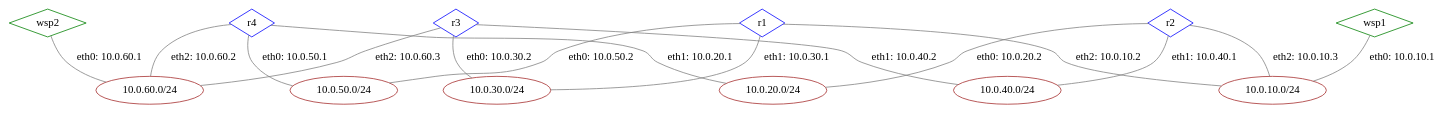
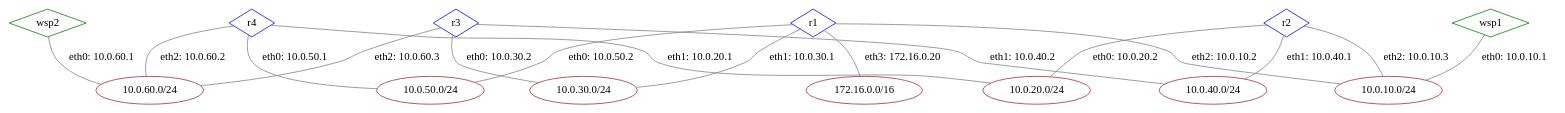
The diagram in lab-rip-hw/report/graphs/network.gv (Ermako27/net-protocols), drawn with Graphviz before and after one commit. The commit also changed 17 other files, not shown here.

```diff
--- a/lab-rip-hw/report/graphs/network.gv
+++ b/lab-rip-hw/report/graphs/network.gv
@@ -1,39 +1,41 @@
 graph G {
 edge [len=1.5];
 node [shape=diamond, color="green"];
 r1 [color="blue"];
 r2 [color="blue"];
 r3 [color="blue"];
 r4 [color="blue"];
 wsp1;
 wsp2;
 node [shape=ellipse, color="brown"];
 lan6 [label="10.0.60.0/24"];
 lan2 [label="10.0.20.0/24"];
 lan5 [label="10.0.50.0/24"];
 lan6 [label="10.0.60.0/24"];
 lan1 [label="10.0.10.0/24"];
+tap [label="172.16.0.0/16"];
 lan1 [label="10.0.10.0/24"];
 lan3 [label="10.0.30.0/24"];
 lan5 [label="10.0.50.0/24"];
 lan1 [label="10.0.10.0/24"];
 lan4 [label="10.0.40.0/24"];
 lan2 [label="10.0.20.0/24"];
 lan6 [label="10.0.60.0/24"];
 lan4 [label="10.0.40.0/24"];
 lan3 [label="10.0.30.0/24"];
+r1 -- tap [label="eth3: 172.16.0.20", color="gray"];
 r1 -- lan1 [label="eth2: 10.0.10.2", color="gray"];
 r1 -- lan3 [label="eth1: 10.0.30.1", color="gray"];
 r1 -- lan5 [label="eth0: 10.0.50.2", color="gray"];
 r2 -- lan1 [label="eth2: 10.0.10.3", color="gray"];
 r2 -- lan4 [label="eth1: 10.0.40.1", color="gray"];
 r2 -- lan2 [label="eth0: 10.0.20.2", color="gray"];
 r3 -- lan6 [label="eth2: 10.0.60.3", color="gray"];
 r3 -- lan4 [label="eth1: 10.0.40.2", color="gray"];
 r3 -- lan3 [label="eth0: 10.0.30.2", color="gray"];
 r4 -- lan6 [label="eth2: 10.0.60.2", color="gray"];
 r4 -- lan2 [label="eth1: 10.0.20.1", color="gray"];
 r4 -- lan5 [label="eth0: 10.0.50.1", color="gray"];
 wsp1 -- lan1 [label="eth0: 10.0.10.1", color="gray"];
 wsp2 -- lan6 [label="eth0: 10.0.60.1", color="gray"];
 }
```
